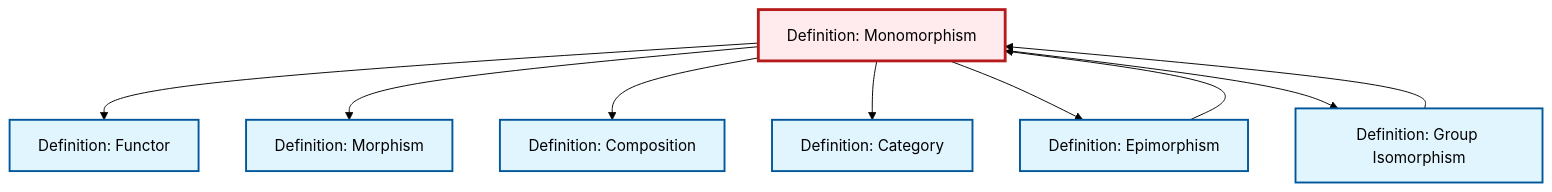
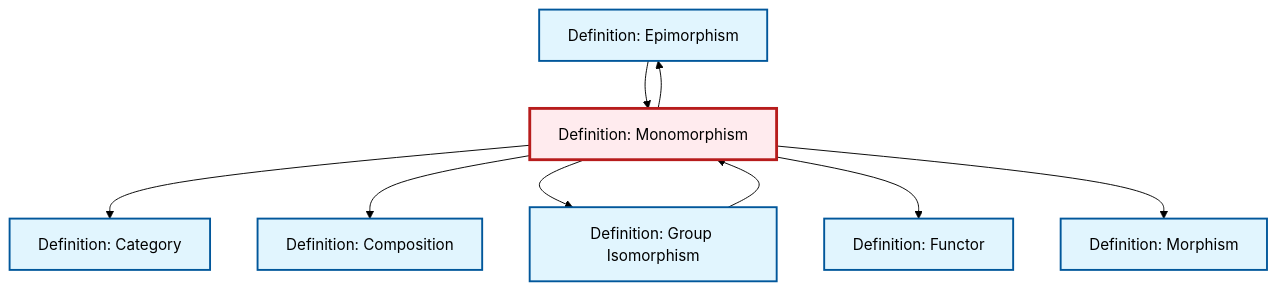
Before and after one commit to RK0429/ModernMath: the diagram in content/ja/category-theory/def-monomorphism.qmd, drawn with Mermaid (forest theme). The commit also changed other lines of this file and 634 other files, not shown here.

````diff
--- a/content/ja/category-theory/def-monomorphism.qmd
+++ b/content/ja/category-theory/def-monomorphism.qmd
@@ -96,31 +96,31 @@
 ```{mermaid}
 %%| fig-cap: "Local dependency graph"
 graph TD
     classDef definition fill:#e1f5fe,stroke:#01579b,stroke-width:2px
     classDef theorem fill:#f3e5f5,stroke:#4a148c,stroke-width:2px
     classDef axiom fill:#fff3e0,stroke:#e65100,stroke-width:2px
     classDef example fill:#e8f5e9,stroke:#1b5e20,stroke-width:2px
     classDef current fill:#ffebee,stroke:#b71c1c,stroke-width:3px
+    def-category["Definition: Category"]:::definition
     def-composition["Definition: Composition"]:::definition
+    def-epimorphism["Definition: Epimorphism"]:::definition
+    def-monomorphism["Definition: Monomorphism"]:::definition
+    def-isomorphism["Definition: Group Isomorphism"]:::definition
+    def-morphism["Definition: Morphism"]:::definition
     def-functor["Definition: Functor"]:::definition
-    def-monomorphism["Definition: Monomorphism"]:::definition
-    def-epimorphism["Definition: Epimorphism"]:::definition
-    def-morphism["Definition: Morphism"]:::definition
-    def-isomorphism["Definition: Group Isomorphism"]:::definition
-    def-category["Definition: Category"]:::definition
+    def-monomorphism --> def-epimorphism
+    def-epimorphism --> def-monomorphism
+    def-isomorphism --> def-monomorphism
+    def-monomorphism --> def-category
+    def-monomorphism --> def-composition
+    def-monomorphism --> def-isomorphism
     def-monomorphism --> def-functor
     def-monomorphism --> def-morphism
-    def-monomorphism --> def-composition
-    def-monomorphism --> def-category
-    def-monomorphism --> def-epimorphism
-    def-monomorphism --> def-isomorphism
-    def-epimorphism --> def-monomorphism
-    def-isomorphism --> def-monomorphism
     class def-monomorphism current
+    click def-category "def-category.html" "Definition: Categoryへ"
     click def-composition "def-composition.html" "Definition: Compositionへ"
+    click def-epimorphism "def-epimorphism.html" "Definition: Epimorphismへ"
+    click def-isomorphism "def-isomorphism.html" "Definition: Group Isomorphismへ"
+    click def-morphism "def-morphism.html" "Definition: Morphismへ"
     click def-functor "def-functor.html" "Definition: Functorへ"
-    click def-epimorphism "def-epimorphism.html" "Definition: Epimorphismへ"
-    click def-morphism "def-morphism.html" "Definition: Morphismへ"
-    click def-isomorphism "def-isomorphism.html" "Definition: Group Isomorphismへ"
-    click def-category "def-category.html" "Definition: Categoryへ"
 ```
````
